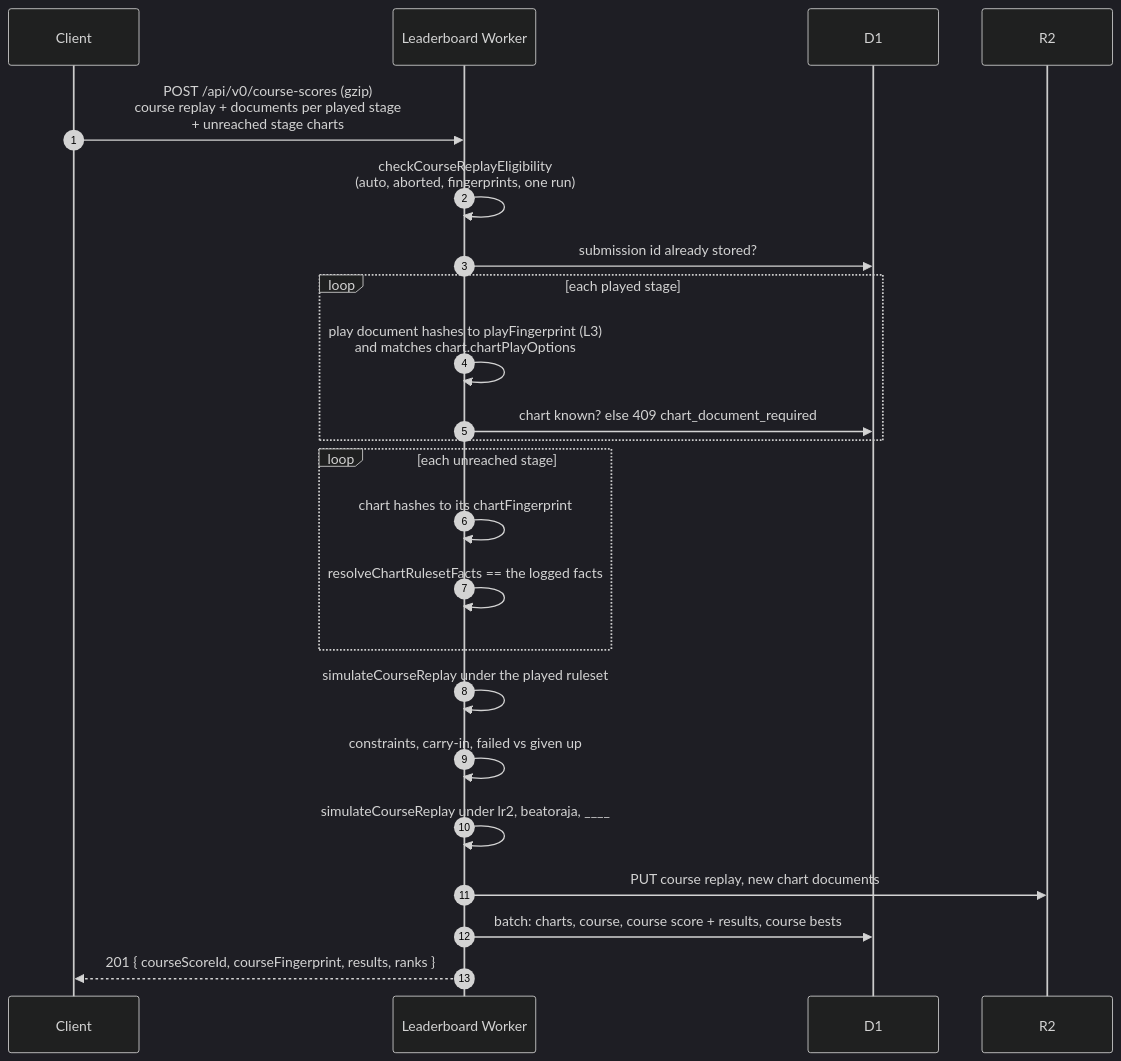
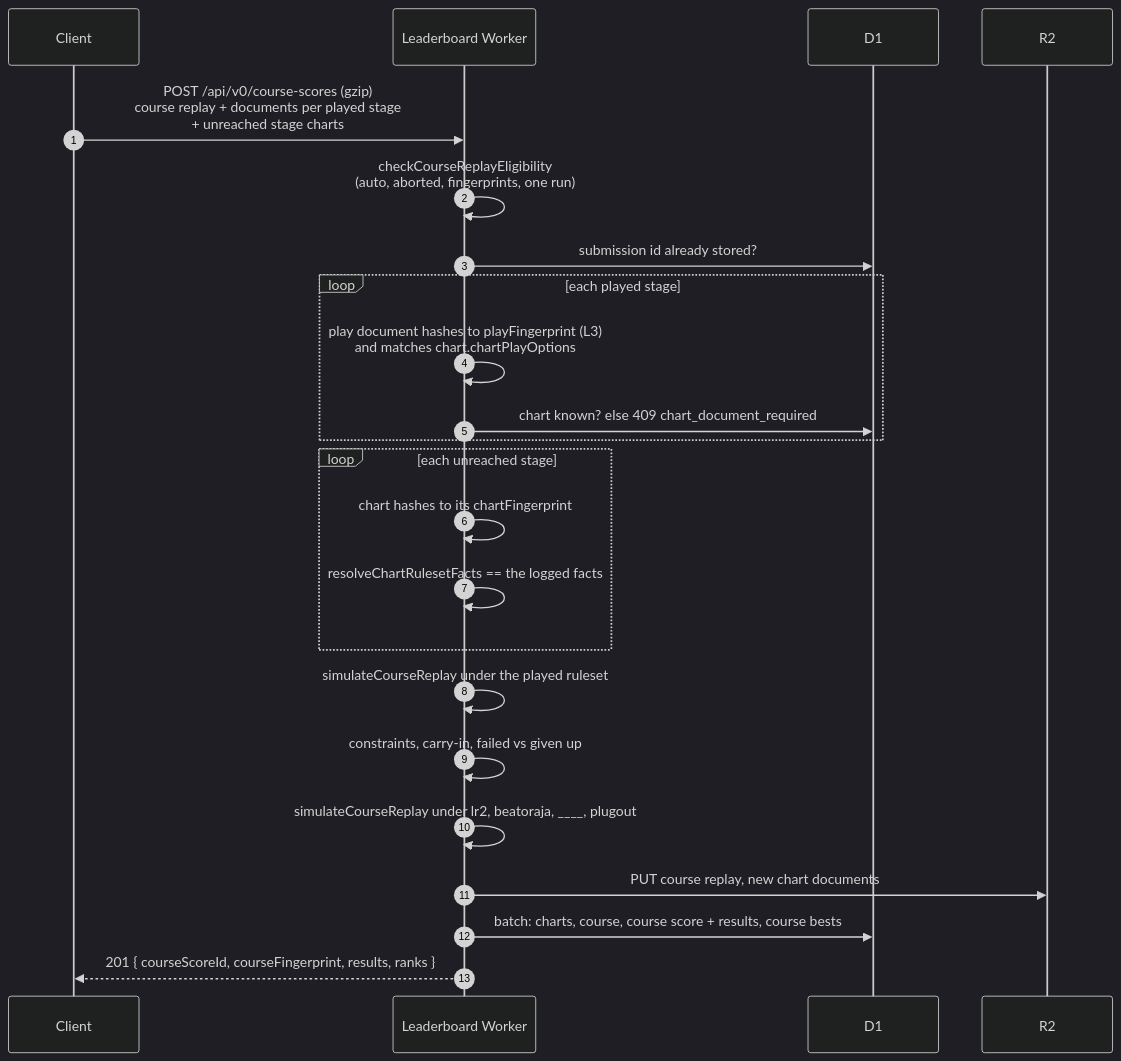
The first of 2 diagrams in docs/leaderboard.md (nulltask/be-music), drawn with Mermaid (dark theme) before and after one commit. The commit also changed other lines of this file and 19 other files, not shown here.

````diff
--- a/docs/leaderboard.md
+++ b/docs/leaderboard.md
@@ -214,26 +214,26 @@
 ```mermaid
 sequenceDiagram
     autonumber
     participant C as Client
     participant A as Leaderboard Worker
     participant D as D1
     participant R as R2
 
     C->>A: POST /api/v0/course-scores (gzip)<br/>course replay + documents per played stage<br/>+ unreached stage charts
     A->>A: checkCourseReplayEligibility<br/>(auto, aborted, fingerprints, one run)
     A->>D: submission id already stored?
     loop each played stage
         A->>A: play document hashes to playFingerprint (L3)<br/>and matches chart.chartPlayOptions
         A->>D: chart known? else 409 chart_document_required
     end
     loop each unreached stage
         A->>A: chart hashes to its chartFingerprint
         A->>A: resolveChartRulesetFacts == the logged facts
     end
     A->>A: simulateCourseReplay under the played ruleset
     A->>A: constraints, carry-in, failed vs given up
-    A->>A: simulateCourseReplay under lr2, beatoraja, ____
+    A->>A: simulateCourseReplay under lr2, beatoraja, ____, plugout
     A->>R: PUT course replay, new chart documents
     A->>D: batch: charts, course, course score + results, course bests
     A-->>C: 201 { courseScoreId, courseFingerprint, results, ranks }
 ```
````
